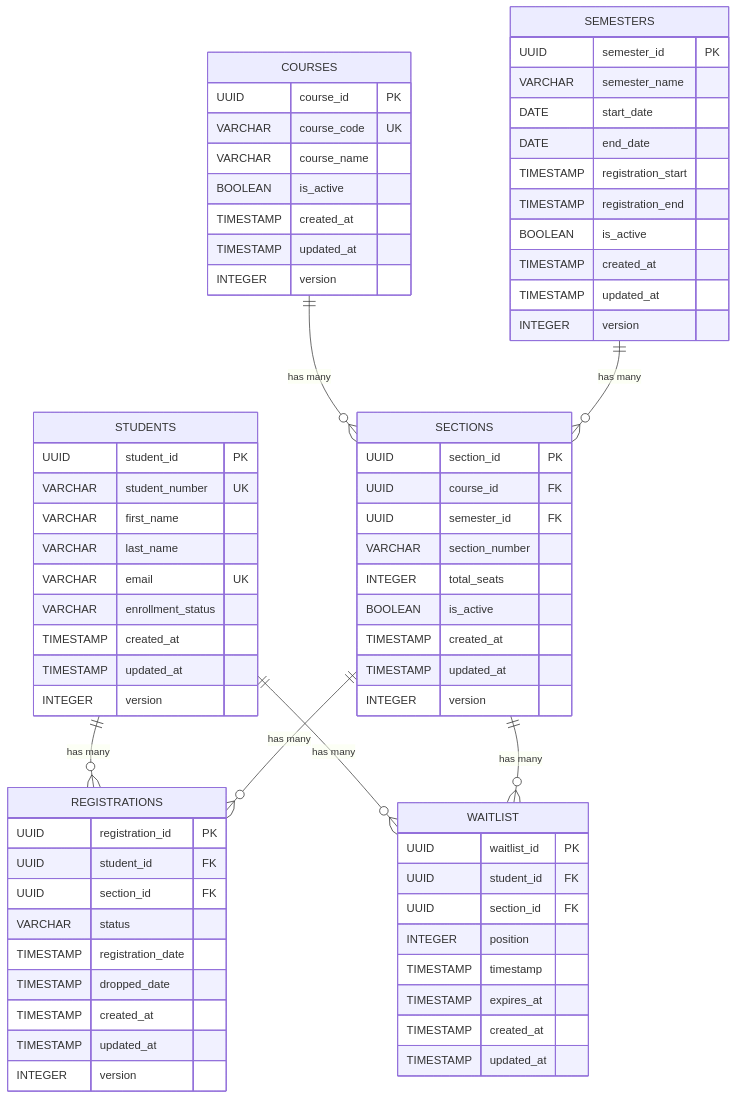
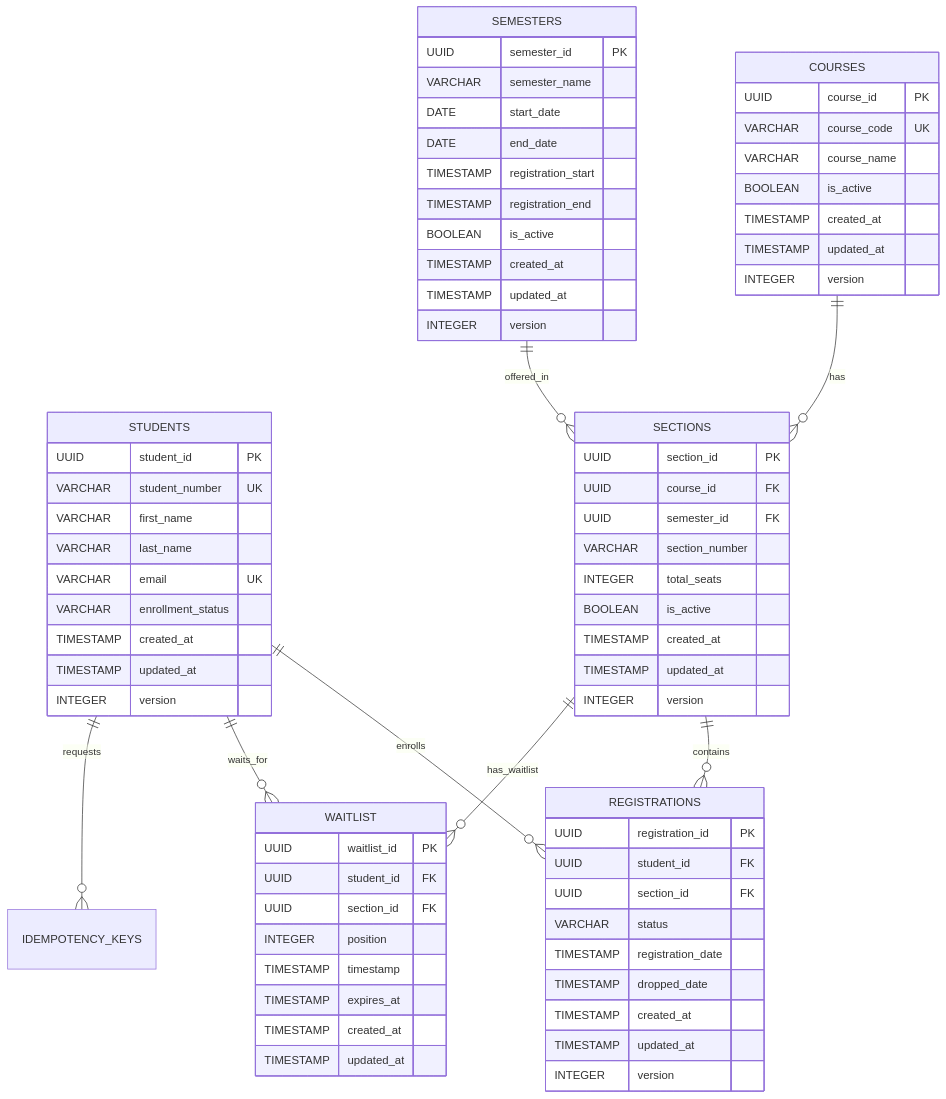
Before and after one commit to loingtan/not-to-see: the fourth of 5 diagrams in docs/COURSE_REGISTRATION_ARCHITECTURE.md, drawn with Mermaid. The commit also changed other lines of this file and 55 other files, not shown here.

````diff
--- a/docs/COURSE_REGISTRATION_ARCHITECTURE.md
+++ b/docs/COURSE_REGISTRATION_ARCHITECTURE.md
@@ -200,11 +200,24 @@
         TIMESTAMP created_at
         TIMESTAMP updated_at
     }
-    
-    STUDENTS ||--o{ REGISTRATIONS : "has many"
-    STUDENTS ||--o{ WAITLIST : "has many"
-    COURSES ||--o{ SECTIONS : "has many"
-    SEMESTERS ||--o{ SECTIONS : "has many"
-    SECTIONS ||--o{ REGISTRATIONS : "has many"
-    SECTIONS ||--o{ WAITLIST : "has many"
+
+    %% Idempotency keys are now stored in Redis, not in the database
+    %% REDIS_IDEMPOTENCY_KEYS {
+    %%     VARCHAR key PK
+    %%     UUID student_id
+    %%     VARCHAR request_hash
+    %%     TEXT response_data
+    %%     INTEGER status_code
+    %%     TIMESTAMP processed_at
+    %%     TIMESTAMP expires_at
+    %%     TIMESTAMP created_at
+    %% }
+
+    STUDENTS ||--o{ REGISTRATIONS : enrolls
+    STUDENTS ||--o{ WAITLIST : waits_for
+    STUDENTS ||--o{ IDEMPOTENCY_KEYS : requests
+    COURSES ||--o{ SECTIONS : has
+    SEMESTERS ||--o{ SECTIONS : offered_in
+    SECTIONS ||--o{ REGISTRATIONS : contains
+    SECTIONS ||--o{ WAITLIST : has_waitlist
 ```
````
